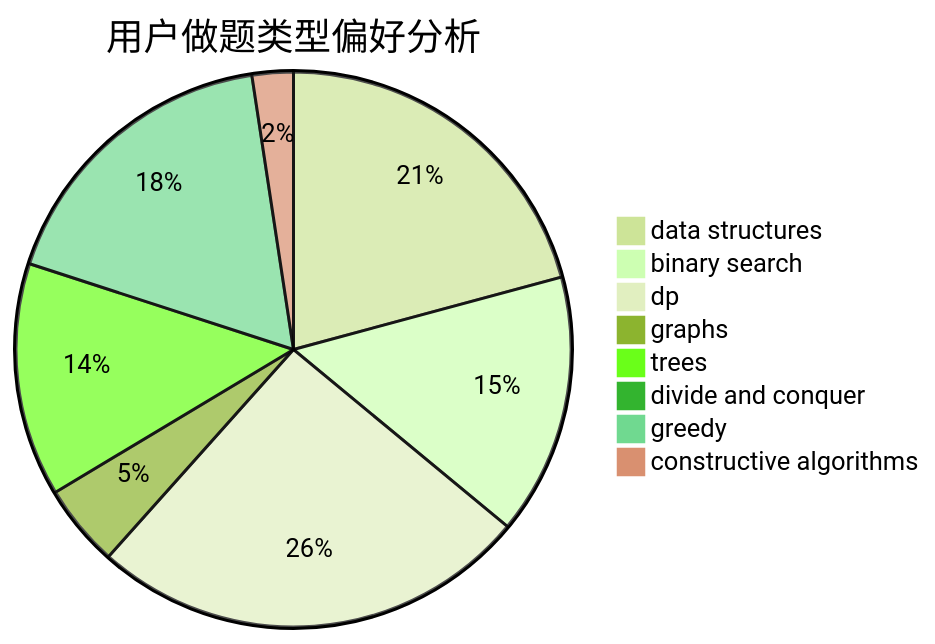
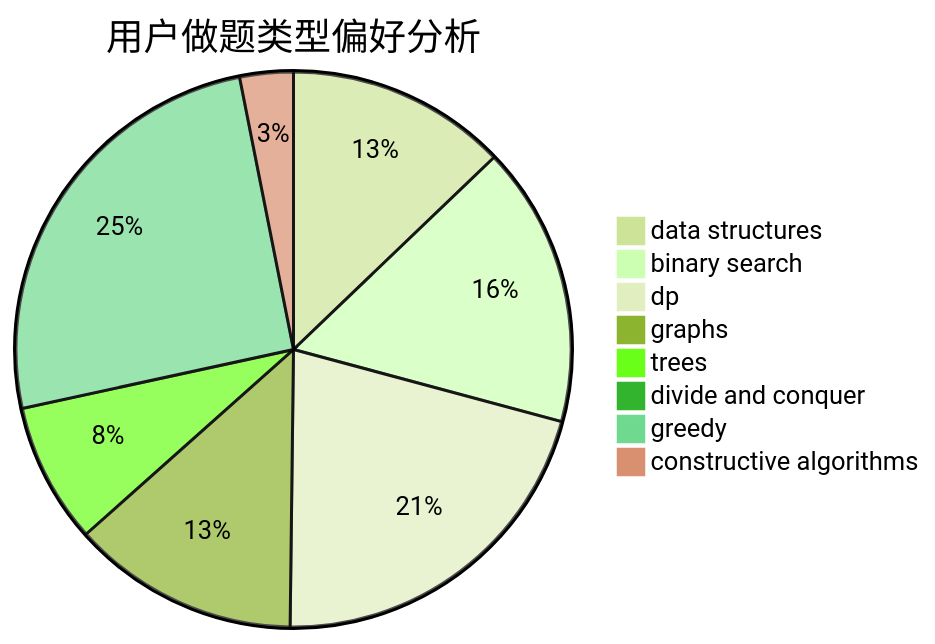
Before and after one commit to sherpahu/cfrs.github.io: the second of 3 diagrams in docs/user/u832.md, drawn with Mermaid (forest theme). The commit also changed other lines of this file and 2770 other files, not shown here.

````diff
--- a/docs/user/u832.md
+++ b/docs/user/u832.md
@@ -23,11 +23,11 @@
 ```mermaid
 pie title 用户做题类型偏好分析
-    "data structures" :  26
-    "binary search" :  19
-    "dp" :  32
-    "graphs" :  6
-    "trees" :  17
+    "data structures" :  33
+    "binary search" :  42
+    "dp" :  54
+    "graphs" :  34
+    "trees" :  21
     "divide and conquer" :  0
-    "greedy" :  22
-    "constructive algorithms" :  3
+    "greedy" :  65
+    "constructive algorithms" :  8
 ```
````
